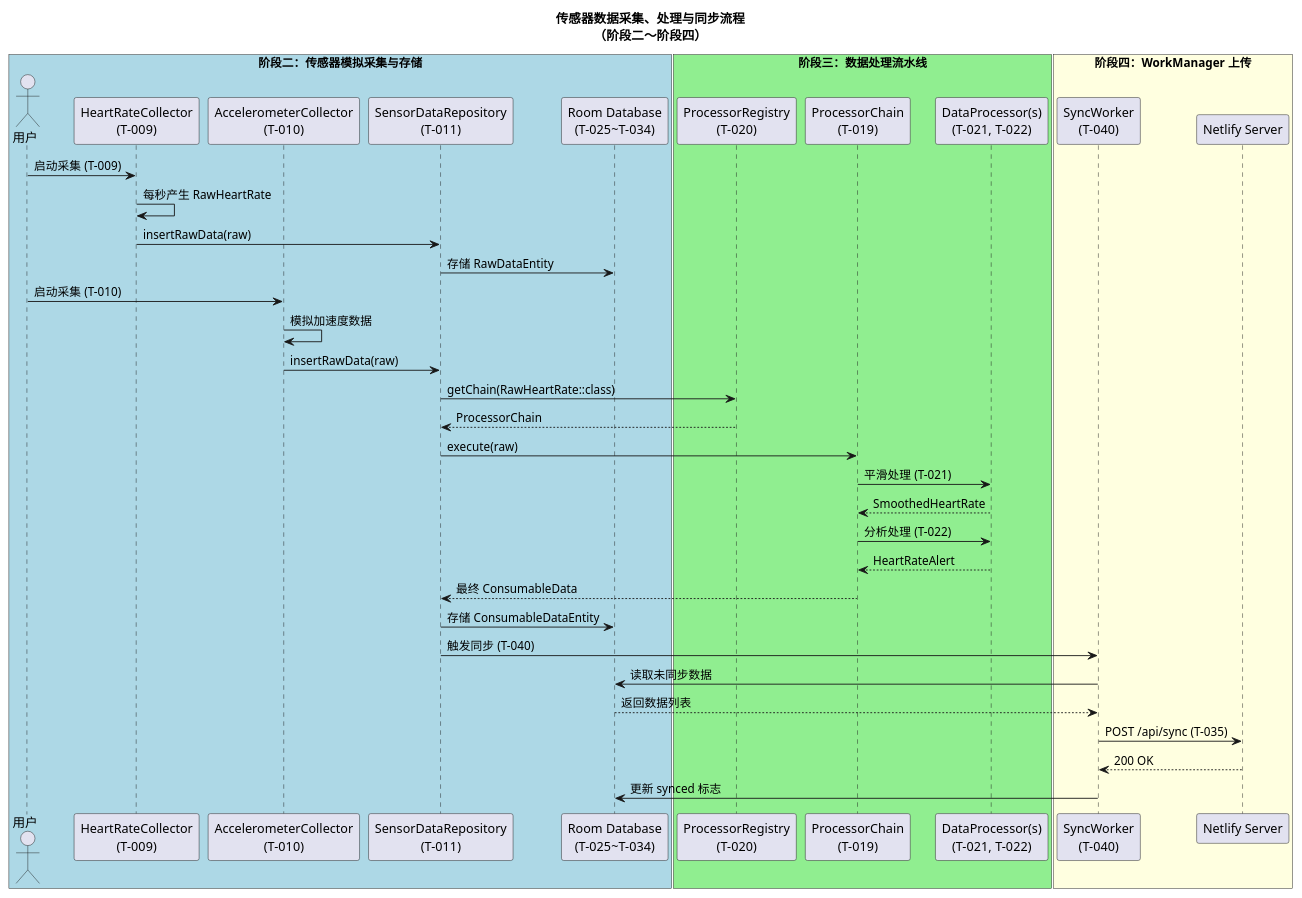
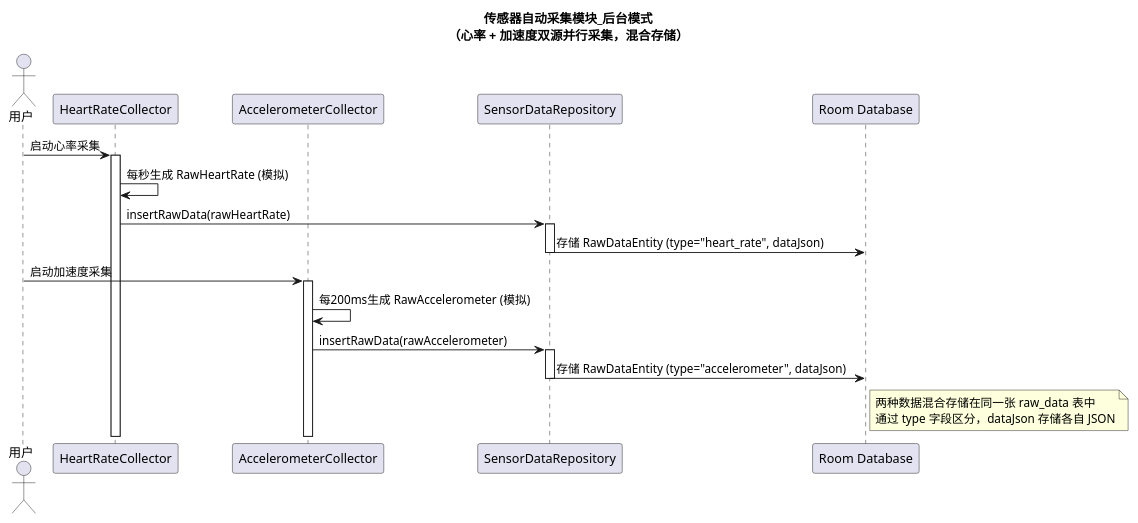
Before and after one commit to yzsgith/Android_client: the diagram in developer_doc/传感器自动采集模块_后台模式.plantuml, drawn with PlantUML. The commit also changed 19 other files, not shown here.

```diff
--- a/developer_doc/传感器自动采集模块_后台模式.plantuml
+++ b/developer_doc/传感器自动采集模块_后台模式.plantuml
@@ -1,54 +1,27 @@
 @startuml
-title **传感器数据采集、处理与同步流程**\n（阶段二～阶段四）
+title 传感器自动采集模块_后台模式\n（心率 + 加速度双源并行采集，混合存储）
 
-' 阶段二：模拟采集与存储（任务 T-009, T-010, T-011, T-013）
-box "阶段二：传感器模拟采集与存储" #LightBlue
-    actor 用户
-    participant "HeartRateCollector\n(T-009)" as Collector
-    participant "AccelerometerCollector\n(T-010)" as AccCollector
-    participant "SensorDataRepository\n(T-011)" as Repo
-    participant "Room Database\n(T-025~T-034)" as DB
-end box
+actor 用户
+participant "HeartRateCollector" as HRCollector
+participant "AccelerometerCollector" as AccCollector
+participant "SensorDataRepository" as Repo
+participant "Room Database" as DB
 
-' 阶段三：处理流水线（任务 T-015~T-024）
-box "阶段三：数据处理流水线" #LightGreen
-    participant "ProcessorRegistry\n(T-020)" as Registry
-    participant "ProcessorChain\n(T-019)" as Chain
-    participant "DataProcessor(s)\n(T-021, T-022)" as Processor
-end box
+用户 -> HRCollector: 启动心率采集
+activate HRCollector
+HRCollector -> HRCollector: 每秒生成 RawHeartRate (模拟)
+HRCollector -> Repo: insertRawData(rawHeartRate)
+activate Repo
+Repo -> DB: 存储 RawDataEntity (type="heart_rate", dataJson)
+deactivate Repo
 
-' 阶段四：同步到云端（任务 T-012, T-039, T-040）
-box "阶段四：WorkManager 上传" #LightYellow
-    participant "SyncWorker\n(T-040)" as Sync
-    participant "Netlify Server" as Server
-end box
+用户 -> AccCollector: 启动加速度采集
+activate AccCollector
+AccCollector -> AccCollector: 每200ms生成 RawAccelerometer (模拟)
+AccCollector -> Repo: insertRawData(rawAccelerometer)
+activate Repo
+Repo -> DB: 存储 RawDataEntity (type="accelerometer", dataJson)
+deactivate Repo
 
-' 时序流程
-用户 -> Collector: 启动采集 (T-009)
-Collector -> Collector: 每秒产生 RawHeartRate
-Collector -> Repo: insertRawData(raw)
-Repo -> DB: 存储 RawDataEntity
-
-用户 -> AccCollector: 启动采集 (T-010)
-AccCollector -> AccCollector: 模拟加速度数据
-AccCollector -> Repo: insertRawData(raw)
-
-Repo -> Registry: getChain(RawHeartRate::class)
-Registry --> Repo: ProcessorChain
-Repo -> Chain: execute(raw)
-Chain -> Processor: 平滑处理 (T-021)
-Processor --> Chain: SmoothedHeartRate
-Chain -> Processor: 分析处理 (T-022)
-Processor --> Chain: HeartRateAlert
-Chain --> Repo: 最终 ConsumableData
-Repo -> DB: 存储 ConsumableDataEntity
-
-' 同步触发
-Repo -> Sync: 触发同步 (T-040)
-Sync -> DB: 读取未同步数据
-DB --> Sync: 返回数据列表
-Sync -> Server: POST /api/sync (T-035)
-Server --> Sync: 200 OK
-Sync -> DB: 更新 synced 标志
-
+note right of DB : 两种数据混合存储在同一张 raw_data 表中\n通过 type 字段区分，dataJson 存储各自 JSON
 @enduml
```
